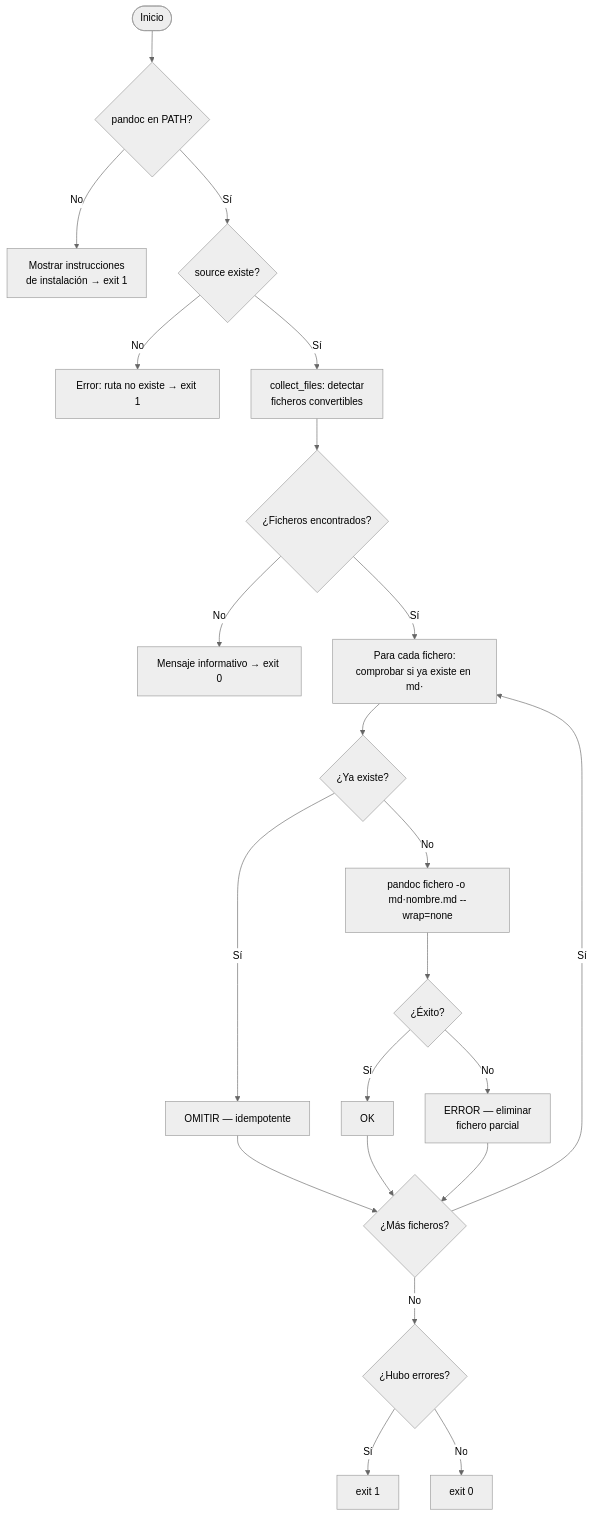
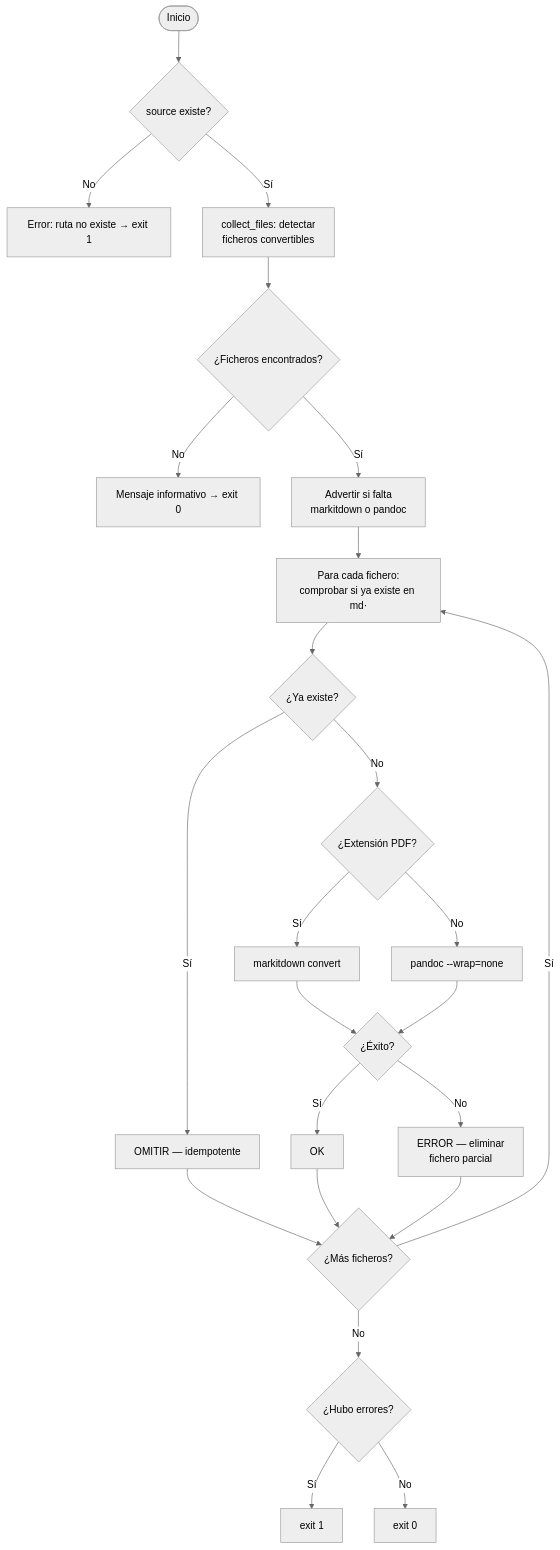
Before and after one commit to fmanza/doc_ia: the diagram in docs/functional/convert_to_md.md, drawn with Mermaid (neutral theme). The commit also changed other lines of this file and 10 other files, not shown here.

````diff
--- a/docs/functional/convert_to_md.md
+++ b/docs/functional/convert_to_md.md
@@ -26,22 +36,24 @@
 ```mermaid
 flowchart TD
-    A([Inicio]) --> B{pandoc en PATH?}
-    B -- No --> C[Mostrar instrucciones\nde instalación → exit 1]
-    B -- Sí --> D{source existe?}
-    D -- No --> E[Error: ruta no existe → exit 1]
-    D -- Sí --> F[collect_files: detectar\nficheros convertibles]
+    A([Inicio]) --> B{source existe?}
+    B -- No --> E[Error: ruta no existe → exit 1]
+    B -- Sí --> F[collect_files: detectar\nficheros convertibles]
     F --> G{¿Ficheros encontrados?}
     G -- No --> H[Mensaje informativo → exit 0]
-    G -- Sí --> I[Para cada fichero:\ncomprobar si ya existe en md·]
+    G -- Sí --> WARN[Advertir si falta\nmarkitdown o pandoc]
+    WARN --> I[Para cada fichero:\ncomprobar si ya existe en md·]
     I --> J{¿Ya existe?}
     J -- Sí --> K[OMITIR — idempotente]
-    J -- No --> L[pandoc fichero -o md·nombre.md --wrap=none]
-    L --> M{¿Éxito?}
+    J -- No --> EXT{¿Extensión PDF?}
+    EXT -- Sí --> MI[markitdown convert]
+    EXT -- No --> PAN[pandoc --wrap=none]
+    MI --> M{¿Éxito?}
+    PAN --> M
     M -- Sí --> N[OK]
     M -- No --> O[ERROR — eliminar\nfichero parcial]
     K & N & O --> P{¿Más ficheros?}
     P -- Sí --> I
     P -- No --> Q{¿Hubo errores?}
     Q -- Sí --> R[exit 1]
     Q -- No --> S[exit 0]
 ```
````
